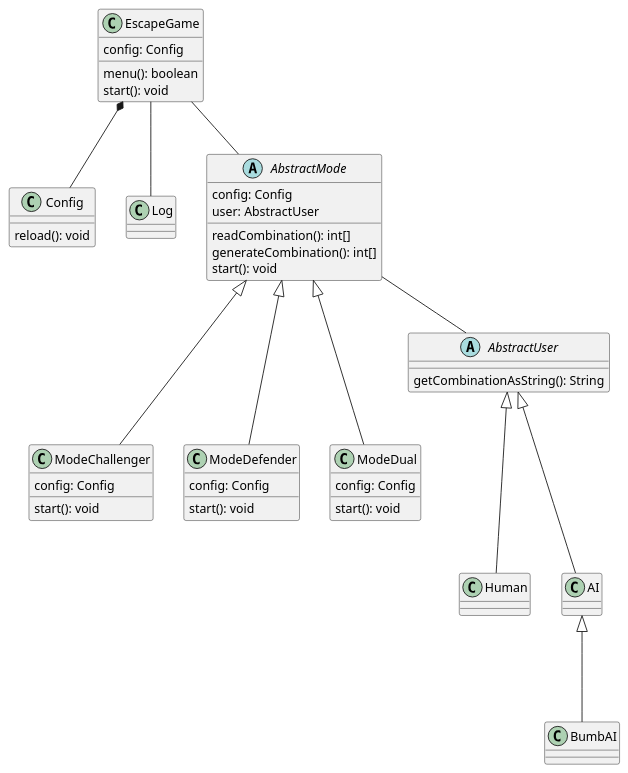
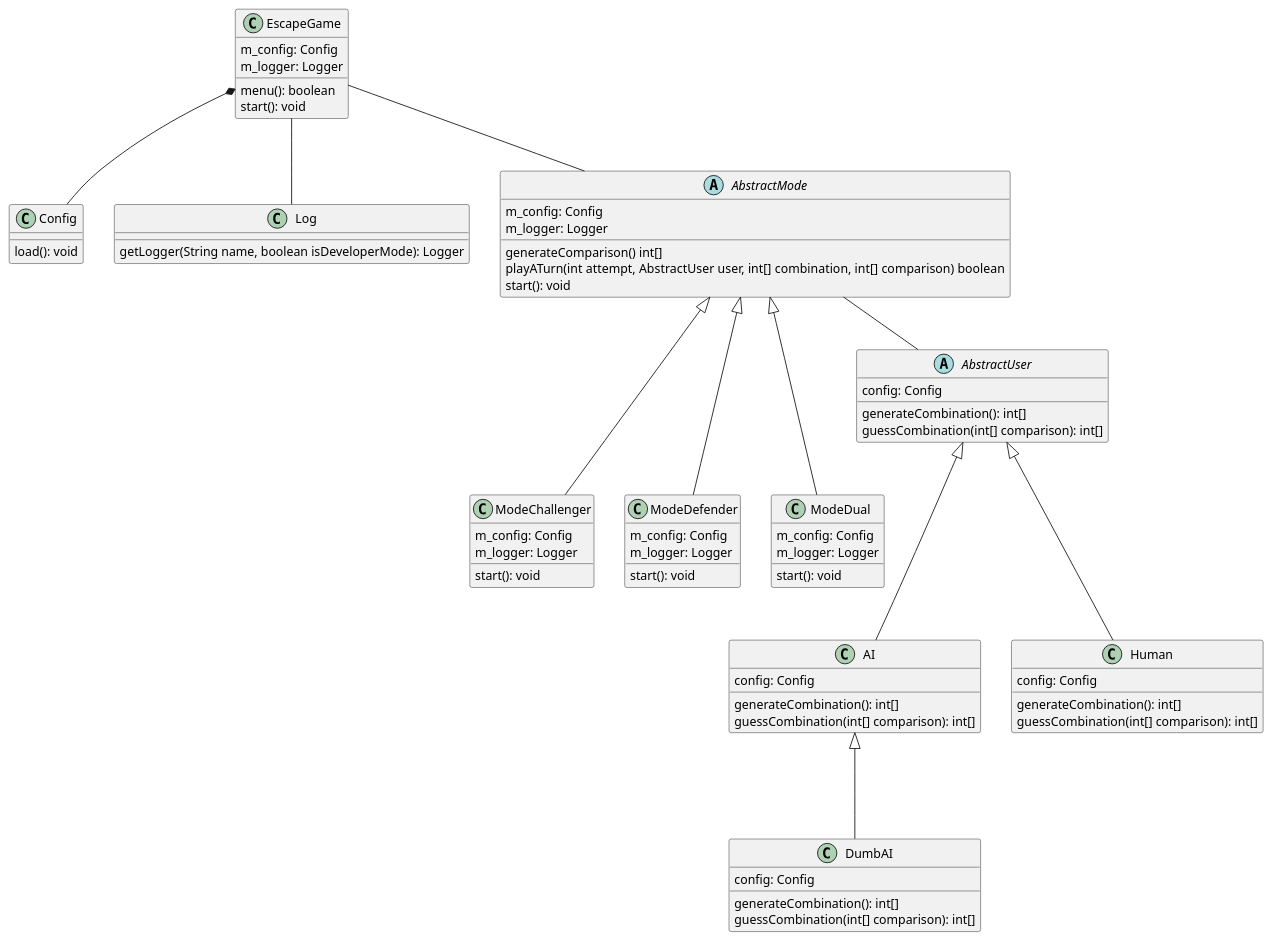
The diagram in Project3.puml (OMorlotti/P3-mettre-ma-logique-a-l-preuve), drawn with PlantUML before and after one commit.

```diff
--- a/Project3.puml
+++ b/Project3.puml
@@ -1,71 +1,85 @@
 @startuml
 
 Class EscapeGame {
-config: Config
+m_config: Config
+m_logger: Logger
 menu(): boolean
 start(): void
 }
 
 class Config {
-
-reload(): void
+load(): void
 }
 
 class Log {
-
+getLogger(String name, boolean isDeveloperMode): Logger
 }
 
 abstract class AbstractMode {
-config: Config
-user: AbstractUser
-readCombination(): int[]
-generateCombination(): int[]
+m_config: Config
+m_logger: Logger
+generateComparison() int[]
+playATurn(int attempt, AbstractUser user, int[] combination, int[] comparison) boolean
 start(): void
 }
 
 class ModeChallenger {
-config: Config
+m_config: Config
+m_logger: Logger
 start(): void
 }
 
 class ModeDefender {
-config: Config
+m_config: Config
+m_logger: Logger
 start(): void
 }
 
 class ModeDual {
-config: Config
+m_config: Config
+m_logger: Logger
 start(): void
 }
 
 
 abstract class AbstractUser {
-getCombinationAsString(): String
+config: Config
+generateCombination(): int[]
+guessCombination(int[] comparison): int[]
 }
 
-class BumbAI {
-
+class AI {
+config: Config
+generateCombination(): int[]
+guessCombination(int[] comparison): int[]
 }
 
 class Human {
-
+config: Config
+generateCombination(): int[]
+guessCombination(int[] comparison): int[]
 }
 
+class DumbAI {
+config: Config
+generateCombination(): int[]
+guessCombination(int[] comparison): int[]
+}
 
 AbstractMode <|--- ModeChallenger
 AbstractMode <|--- ModeDefender
 AbstractMode <|--- ModeDual
 
 AbstractUser <|--- AI
 AbstractUser <|--- Human
 
-AI <|--- BumbAI
+AI <|--- DumbAI
 
 EscapeGame -- AbstractMode
 EscapeGame -- Log
 
 EscapeGame *-- Config
 
 AbstractMode -- AbstractUser
 
 @enduml
```
